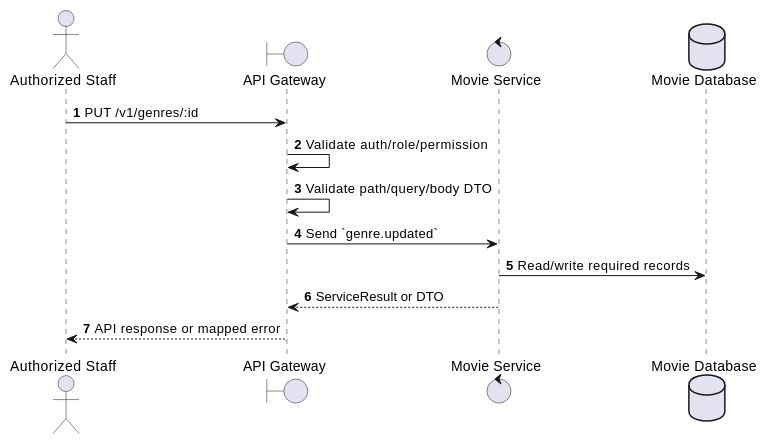
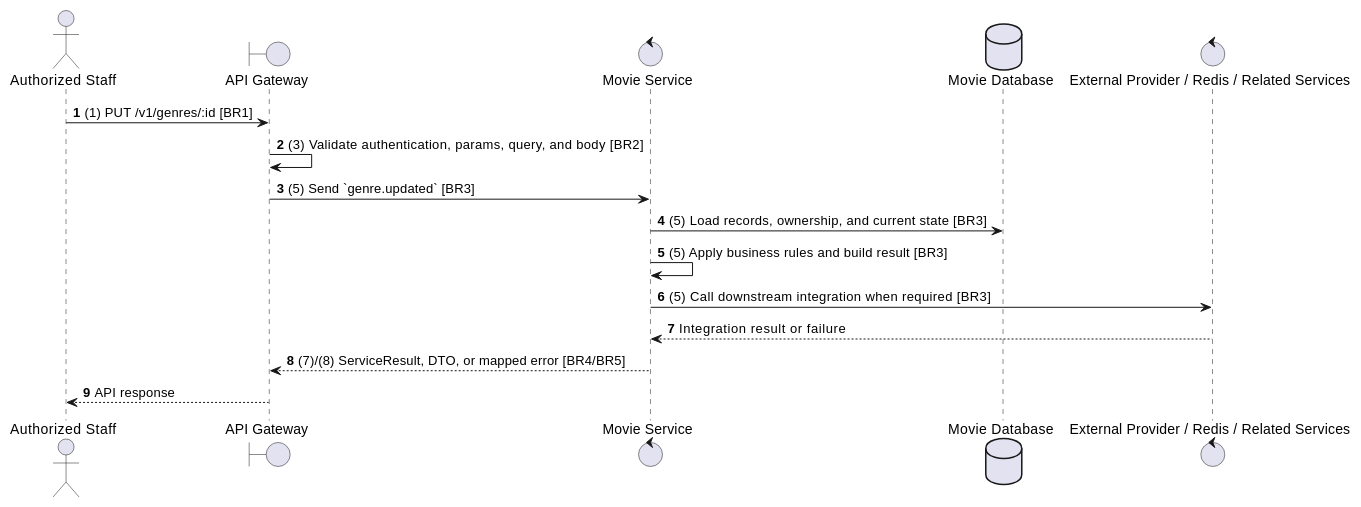
One commit to Tanh1603/movie-hub-architecture changed the second of 2 diagrams in docs/functional_specs/3.3.3_Genre_Management/GM-04_Update_Genre.md. Above: the diagram before and after it, drawn with PlantUML. The commit also changed other lines of this file and 129 other files, not shown here.

````diff
--- a/docs/functional_specs/3.3.3_Genre_Management/GM-04_Update_Genre.md
+++ b/docs/functional_specs/3.3.3_Genre_Management/GM-04_Update_Genre.md
@@ -17,17 +64,20 @@
 ```plantuml
 @startuml
 autonumber
 actor "Authorized Staff" as Actor
 boundary "API Gateway" as GW
 control "Movie Service" as SVC
 database "Movie Database" as DB
+control "External Provider / Redis / Related Services" as EXT
 
-Actor -> GW: PUT /v1/genres/:id
-GW -> GW: Validate auth/role/permission
-GW -> GW: Validate path/query/body DTO
-GW -> SVC: Send `genre.updated`
-SVC -> DB: Read/write required records
-SVC --> GW: ServiceResult or DTO
-GW --> Actor: API response or mapped error
+Actor -> GW: (1) PUT /v1/genres/:id [BR1]
+GW -> GW: (3) Validate authentication, params, query, and body [BR2]
+GW -> SVC: (5) Send `genre.updated` [BR3]
+SVC -> DB: (5) Load records, ownership, and current state [BR3]
+SVC -> SVC: (5) Apply business rules and build result [BR3]
+SVC -> EXT: (5) Call downstream integration when required [BR3]
+EXT --> SVC: Integration result or failure
+SVC --> GW: (7)/(8) ServiceResult, DTO, or mapped error [BR4/BR5]
+GW --> Actor: API response
 @enduml
 ```
````
